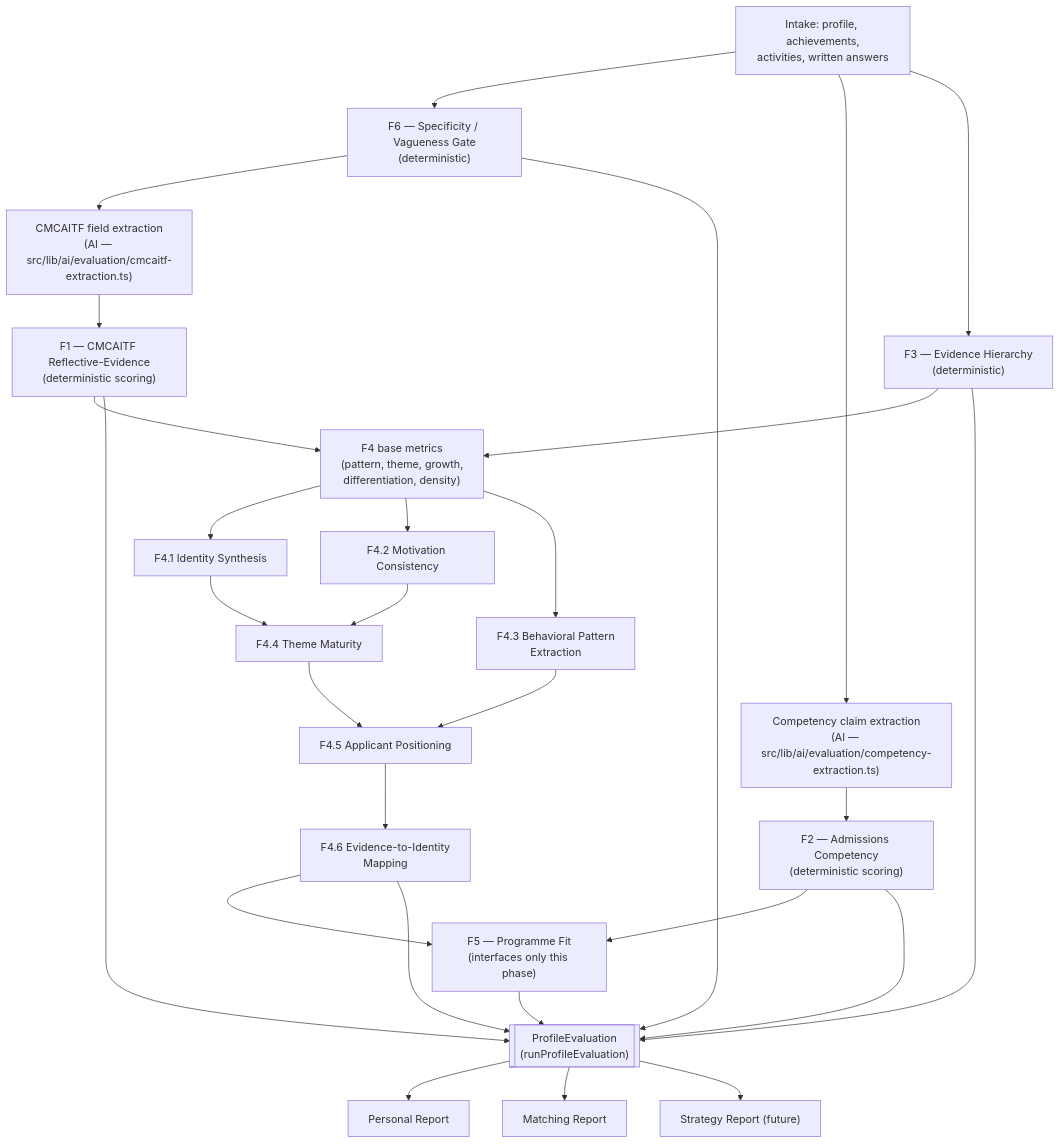
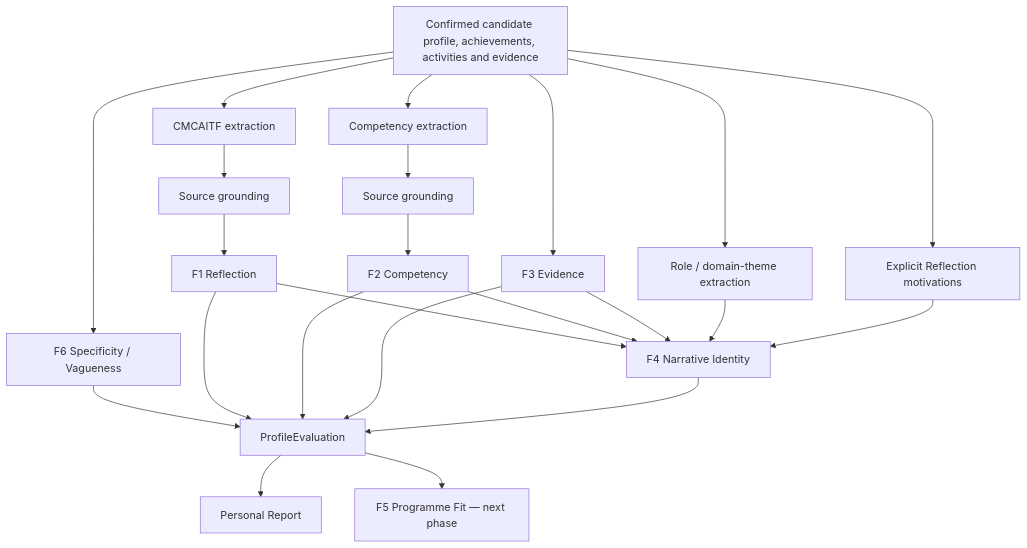
Before and after one commit to VietGlowbal/MainSite: the diagram in docs/ai-evaluation-engine.md, drawn with Mermaid. The commit also changed other lines of this file, not shown here.

Commit message:
Align evaluation-engine documentation with hardened implementation

````diff
--- a/docs/ai-evaluation-engine.md
+++ b/docs/ai-evaluation-engine.md
@@ -59,38 +49,31 @@
 ```mermaid
 flowchart TD
-    Intake[Intake: profile, achievements,\nactivities, written answers]
+  Intake[Confirmed candidate profile, achievements, activities and evidence]
+  Intake --> F6[F6 Specificity / Vagueness]
+  Intake --> CMC[CMCAITF extraction]
+  CMC --> Ground1[Source grounding]
+  Ground1 --> F1[F1 Reflection]
 
-    Intake --> F6["F6 — Specificity / Vagueness Gate\n(deterministic)"]
-    F6 --> CMCAITF["CMCAITF field extraction\n(AI — src/lib/ai/evaluation/cmcaitf-extraction.ts)"]
-    CMCAITF --> F1["F1 — CMCAITF Reflective-Evidence\n(deterministic scoring)"]
+  Intake --> Comp[Competency extraction]
+  Comp --> Ground2[Source grounding]
+  Ground2 --> F2[F2 Competency]
 
-    Intake --> CompExtract["Competency claim extraction\n(AI — src/lib/ai/evaluation/competency-extraction.ts)"]
-    CompExtract --> F2["F2 — Admissions Competency\n(deterministic scoring)"]
+  Intake --> F3[F3 Evidence]
+  Intake --> RT[Role / domain-theme extraction]
 
-    Intake --> F3["F3 — Evidence Hierarchy\n(deterministic)"]
+  F1 --> F4[F4 Narrative Identity]
+  F2 --> F4
+  F3 --> F4
+  RT --> F4
+  Intake --> Mot[Explicit Reflection motivations]
+  Mot --> F4
 
-    F1 --> F4Base["F4 base metrics\n(pattern, theme, growth,\ndifferentiation, density)"]
-    F3 --> F4Base
-    F4Base --> F41["F4.1 Identity Synthesis"]
-    F4Base --> F42["F4.2 Motivation Consistency"]
-    F4Base --> F43["F4.3 Behavioral Pattern\nExtraction"]
-    F41 --> F44["F4.4 Theme Maturity"]
-    F42 --> F44
-    F43 --> F45["F4.5 Applicant Positioning"]
-    F44 --> F45
-    F45 --> F46["F4.6 Evidence-to-Identity\nMapping"]
+  F6 --> Profile[ProfileEvaluation]
+  F1 --> Profile
+  F2 --> Profile
+  F3 --> Profile
+  F4 --> Profile
 
-    F2 --> F5["F5 — Programme Fit\n(interfaces only this phase)"]
-    F46 --> F5
-
-    F1 --> Engine[["ProfileEvaluation\n(runProfileEvaluation)"]]
-    F2 --> Engine
-    F3 --> Engine
-    F46 --> Engine
-    F5 --> Engine
-    F6 --> Engine
-
-    Engine --> Personal[Personal Report]
-    Engine --> Matching[Matching Report]
-    Engine --> Strategy["Strategy Report (future)"]
+  Profile --> Personal[Personal Report]
+  Profile --> F5[F5 Programme Fit — next phase]
 ```
````
